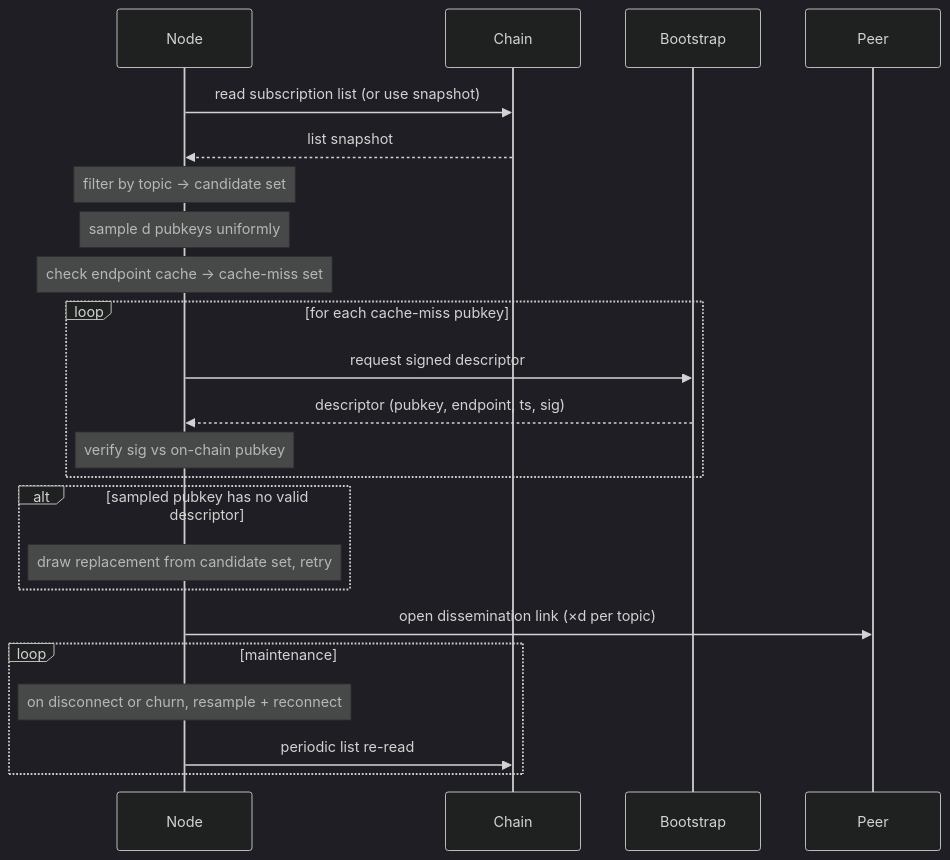
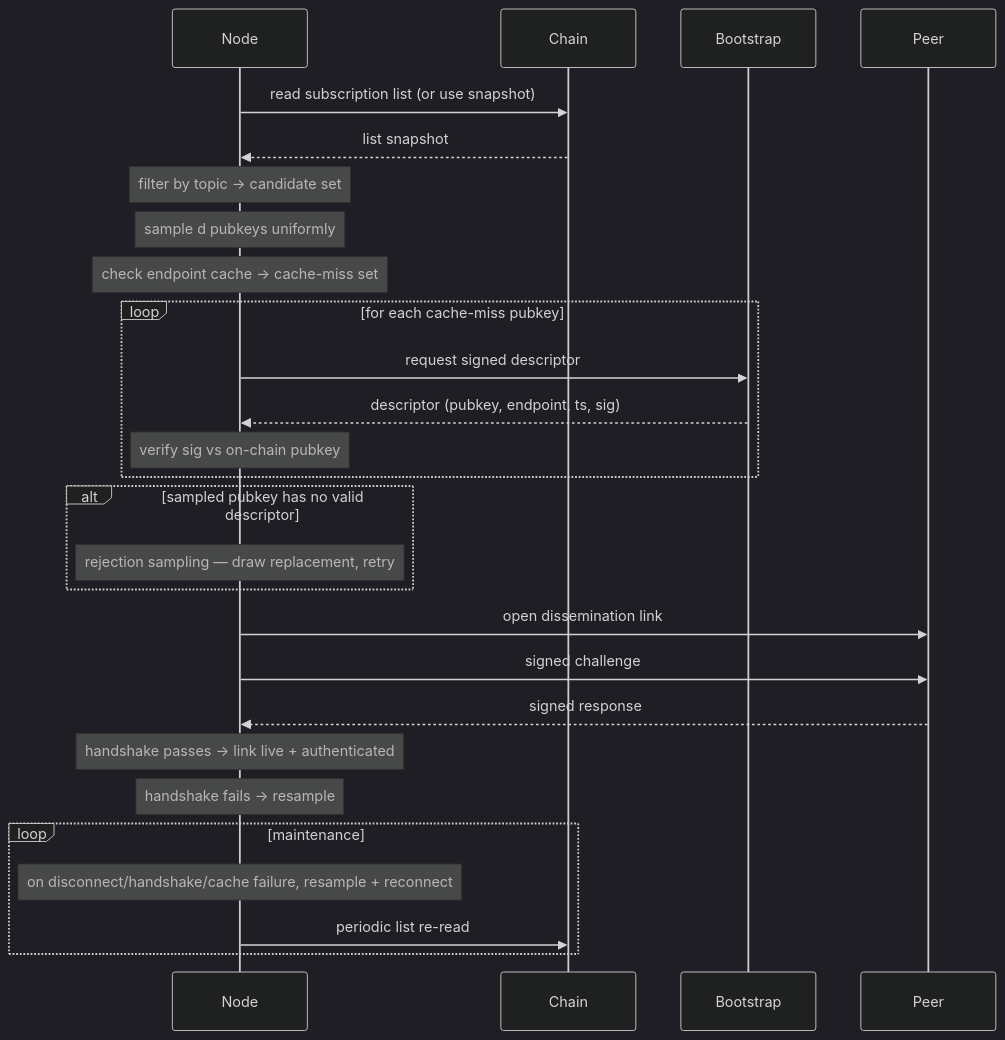
The diagram in docs/node-lifecycle/ip-discovery.md (input-output-hk/pubsub), drawn with Mermaid (dark theme) before and after one commit. The commit also changed other lines of this file and 4 other files, not shown here.

First line of the commit message:
docs(node-lifecycle): split operator/node phases, publisher-as-subscriber, handshake step

````diff
--- a/docs/node-lifecycle/ip-discovery.md
+++ b/docs/node-lifecycle/ip-discovery.md
@@ -20,30 +21,34 @@
 ```mermaid
 sequenceDiagram
     participant Node
     participant Chain
     participant Bootstrap
     participant Peer
 
     Node->>Chain: read subscription list (or use snapshot)
     Chain-->>Node: list snapshot
     Note over Node: filter by topic → candidate set
     Note over Node: sample d pubkeys uniformly
     Note over Node: check endpoint cache → cache-miss set
 
     loop for each cache-miss pubkey
         Node->>Bootstrap: request signed descriptor
         Bootstrap-->>Node: descriptor (pubkey, endpoint, ts, sig)
         Note over Node: verify sig vs on-chain pubkey
     end
 
     alt sampled pubkey has no valid descriptor
-        Note over Node: draw replacement from candidate set, retry
+        Note over Node: rejection sampling — draw replacement, retry
     end
 
-    Node->>Peer: open dissemination link (×d per topic)
+    Node->>Peer: open dissemination link
+    Node->>Peer: signed challenge
+    Peer-->>Node: signed response
+    Note over Node: handshake passes → link live + authenticated
+    Note over Node: handshake fails → resample
 
     loop maintenance
-        Note over Node: on disconnect or churn, resample + reconnect
+        Note over Node: on disconnect/handshake/cache failure, resample + reconnect
         Node->>Chain: periodic list re-read
     end
 ```
````
